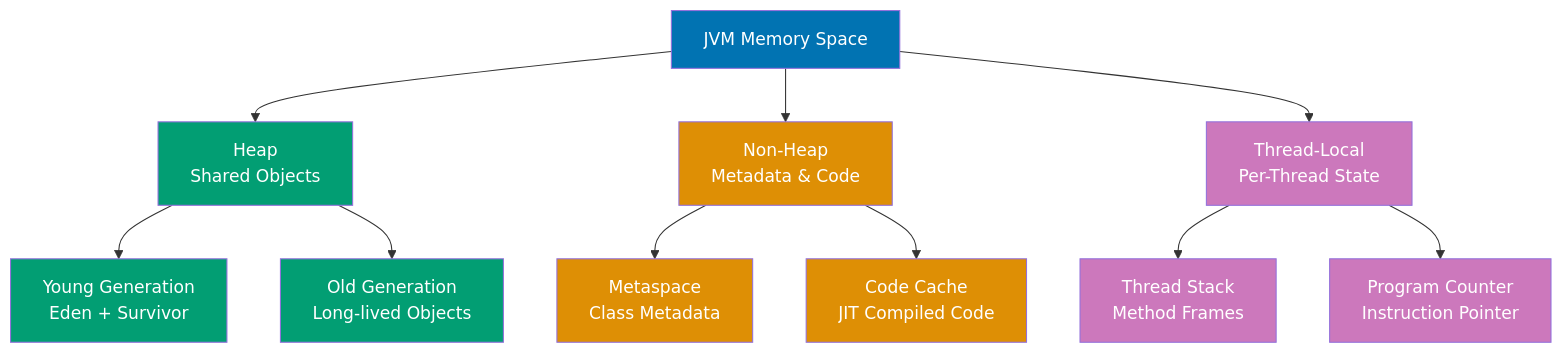
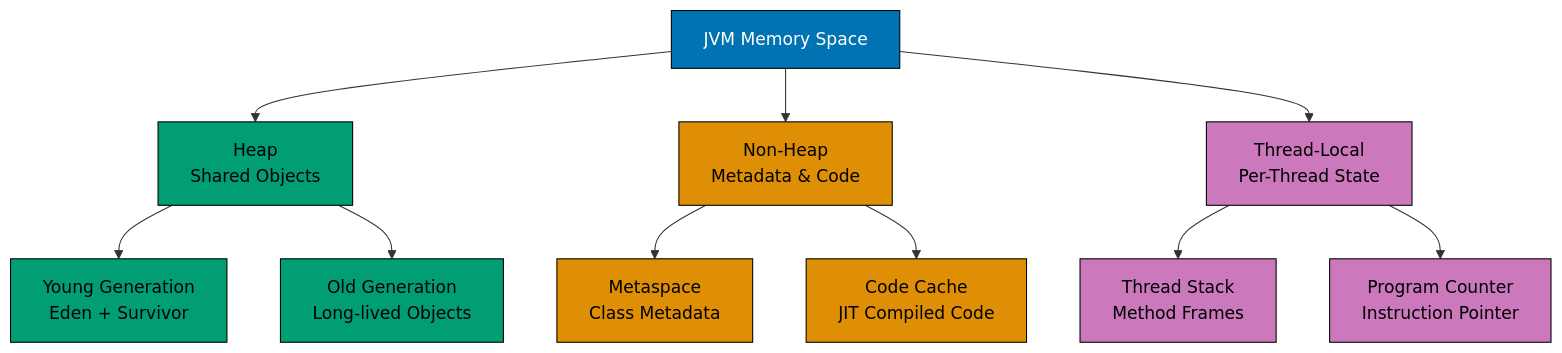
Diagram 11 of 13 in apps/ayokoding-www/content/en/learn/legacy/software-engineering/programming-languages/java/by-example/advanced.md (wahidyankf/ose-public), drawn with Mermaid before and after one commit. The commit also changed other lines of this file and 112 other files, not shown here.

First line of the commit message:
fix(mermaid): bring the legacy programming-languages diagrams onto the accessible palette

````diff
--- a/apps/ayokoding-www/content/en/learn/legacy/software-engineering/programming-languages/java/by-example/advanced.md
+++ b/apps/ayokoding-www/content/en/learn/legacy/software-engineering/programming-languages/java/by-example/advanced.md
@@ -4051,27 +4117,34 @@
 ```mermaid
 graph TD
+    accTitle: Example 85: JVM Memory Model and Regions
+    accDescr: Graph with 11 nodes and 10 connections. Nodes: JVM Memory Space, Heap Shared Objects, NonHeap, Code, Thread-Local Per-Thread State, Young Generation Eden + Survivor, Old Generation Long-lived Objects, Metaspace Class Metadata, Code Cache JIT Compiled Code, Thread Stack Method Frames, Program Counter Instruction Pointer. Connections: JVM Memory Space to Heap Shared Objects, JVM Memory Space to NonHeap, JVM Memory Space to Code, JVM Memory Space to Thread-Local Per-Thread State, Heap Shared Objects to Young Generation Eden + Survivor, Heap Shared Objects to Old Generation Long-lived Objects, NonHeap to Metaspace Class Metadata, NonHeap to Code Cache JIT Compiled Code, Thread-Local Per-Thread State to Thread Stack Method Frames, Thread-Local Per-Thread State to Program Counter Instruction Pointer.
     JVM["JVM Memory Space"]
     JVM --> Heap["Heap<br/>Shared Objects"]
     JVM --> NonHeap["Non-Heap<br/>Metadata & Code"]
     JVM --> Thread["Thread-Local<br/>Per-Thread State"]
 
     Heap --> Young["Young Generation<br/>Eden + Survivor"]
     Heap --> Old["Old Generation<br/>Long-lived Objects"]
 
     NonHeap --> Metaspace["Metaspace<br/>Class Metadata"]
     NonHeap --> CodeCache["Code Cache<br/>JIT Compiled Code"]
 
     Thread --> Stack["Thread Stack<br/>Method Frames"]
     Thread --> PC["Program Counter<br/>Instruction Pointer"]
 
-    style JVM fill:#0173B2,color:#fff
-    style Heap fill:#029E73,color:#fff
-    style NonHeap fill:#DE8F05,color:#fff
-    style Thread fill:#CC78BC,color:#fff
-    style Young fill:#029E73,color:#fff
-    style Old fill:#029E73,color:#fff
-    style Metaspace fill:#DE8F05,color:#fff
-    style CodeCache fill:#DE8F05,color:#fff
-    style Stack fill:#CC78BC,color:#fff
-    style PC fill:#CC78BC,color:#fff
+    classDef pal-0173B2 fill:#0173B2,stroke:#000000,color:#FFFFFF
+    class JVM pal-0173B2
+    classDef pal-029E73 fill:#029E73,stroke:#000000,color:#000000
+    class Heap pal-029E73
+    classDef pal-DE8F05 fill:#DE8F05,stroke:#000000,color:#000000
+    class NonHeap pal-DE8F05
+    classDef pal-CC78BC fill:#CC78BC,stroke:#000000,color:#000000
+    class Thread pal-CC78BC
+    class Young pal-029E73
+    class Old pal-029E73
+    class Metaspace pal-DE8F05
+    class CodeCache pal-DE8F05
+    class Stack pal-CC78BC
+    class PC pal-CC78BC
+    classDef default fill:#FFFFFF,stroke:#000000,color:#000000
 ```
````
